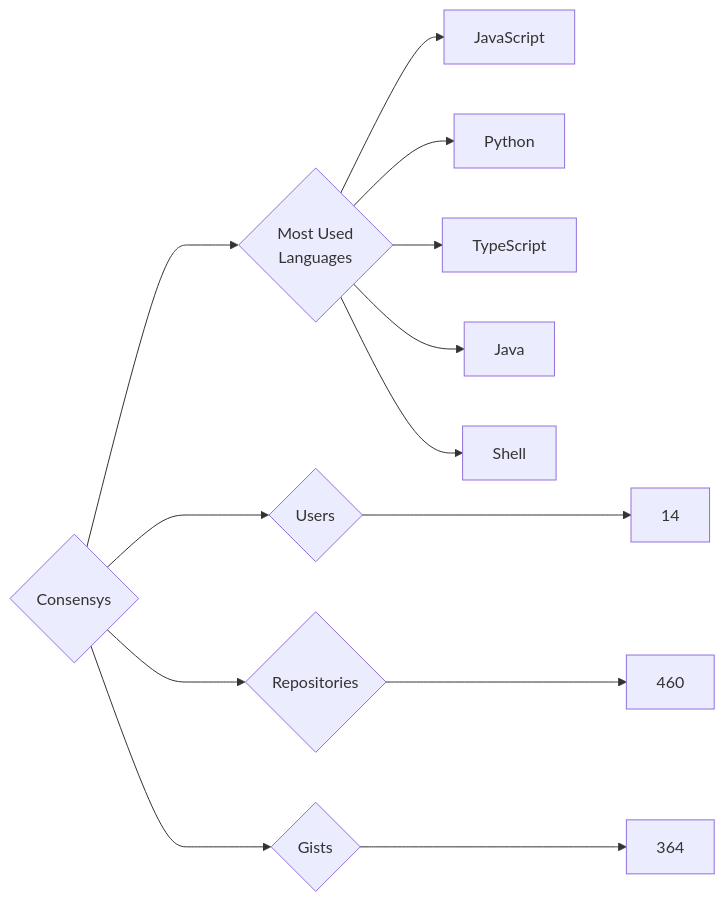
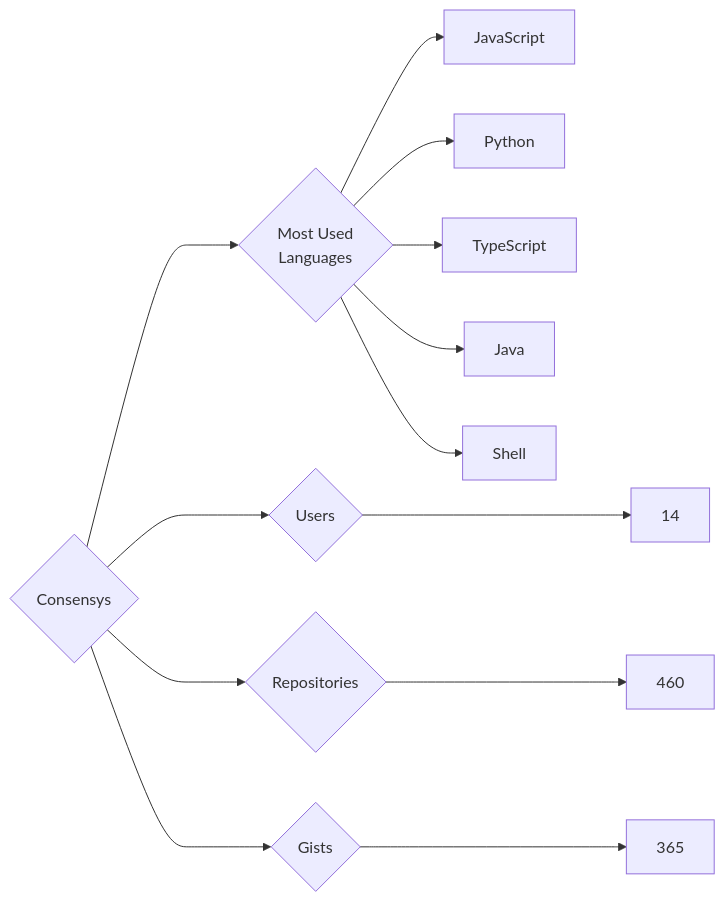
The diagram in targets/Consensys/README.md (trickest/insiders), drawn with Mermaid before and after one commit. The commit also changed 984 other files, not shown here.

````diff
--- a/targets/Consensys/README.md
+++ b/targets/Consensys/README.md
@@ -3,13 +3,13 @@
 ```mermaid
 graph LR
 COMPANY_NAME{Consensys}
 COMPANY_NAME ---> U{Users} ---> UN[14]
 COMPANY_NAME ---> R{Repositories} ---> RN[460]
-COMPANY_NAME ---> G{Gists} ---> GN[364]
+COMPANY_NAME ---> G{Gists} ---> GN[365]
 COMPANY_NAME ---> ML{Most Used<br>Languages}
 ML --> JavaScript[JavaScript]
 ML --> Python[Python]
 ML --> TypeScript[TypeScript]
 ML --> Java[Java]
 ML --> Shell[Shell]
 ```
````
